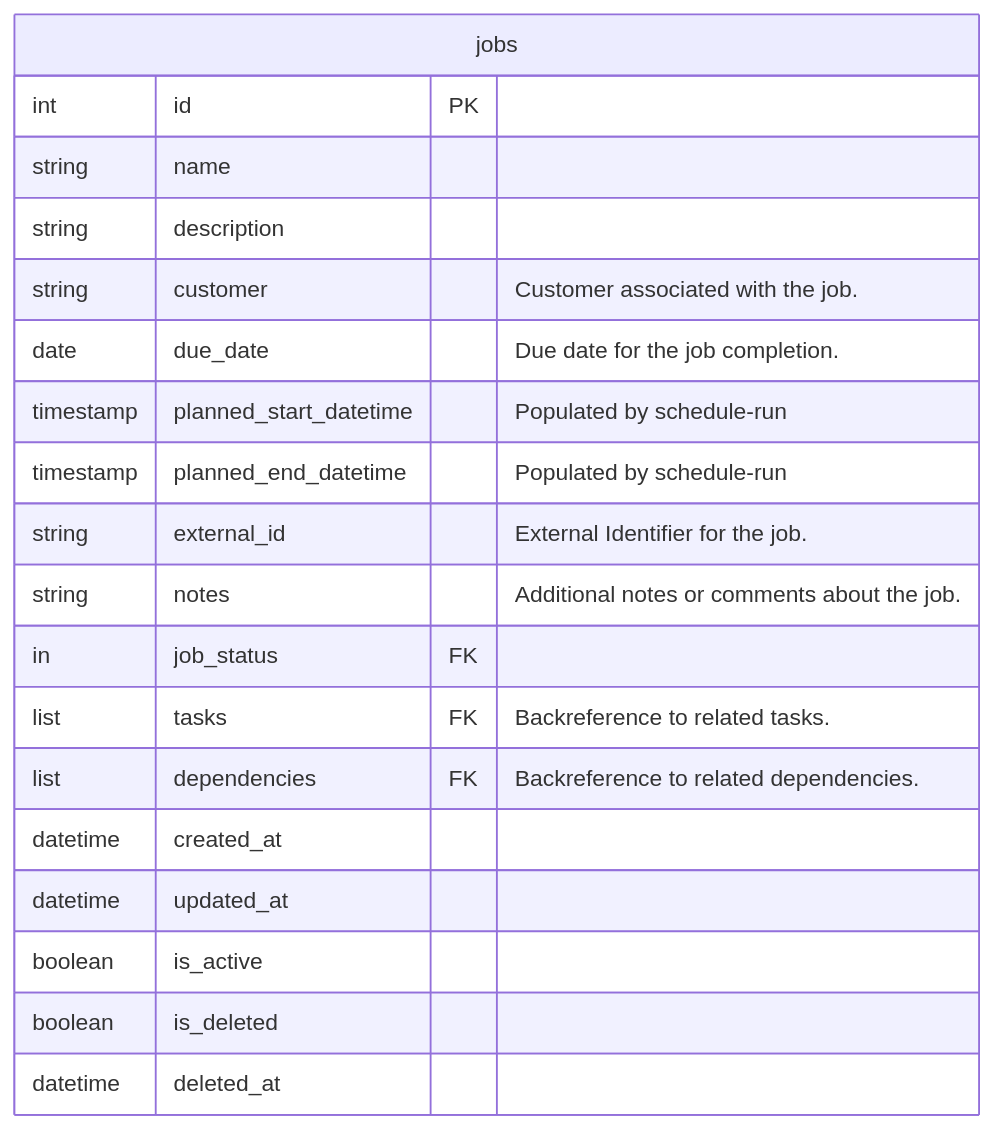
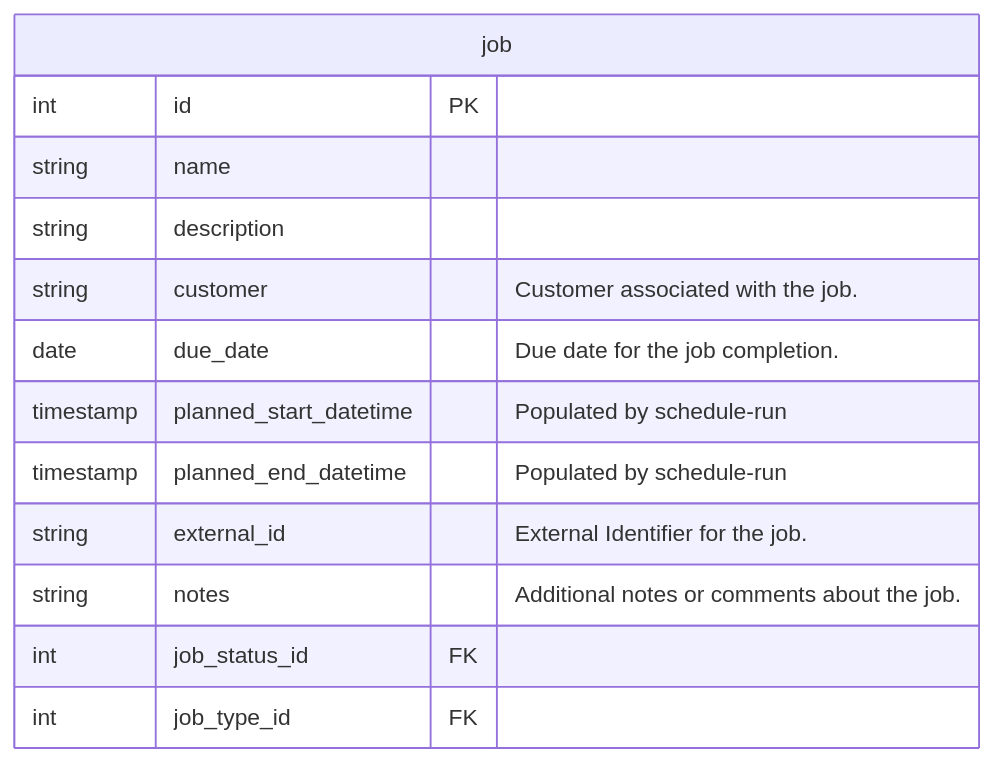
The seventh of 25 diagrams in docs/technical-documentation/database-schema.md (factryflow/factryflow-archive), drawn with Mermaid before and after one commit. The commit also changed other lines of this file and 8 other files, not shown here.

````diff
--- a/docs/technical-documentation/database-schema.md
+++ b/docs/technical-documentation/database-schema.md
@@ -5,22 +91,16 @@
 ``` mermaid
 erDiagram
-    jobs {
+    job {
         int id PK 
         string name
         string description
         string customer "Customer associated with the job."
         date due_date "Due date for the job completion."
         timestamp planned_start_datetime "Populated by schedule-run"
         timestamp planned_end_datetime "Populated by schedule-run"
         string external_id "External Identifier for the job."
         string notes "Additional notes or comments about the job."
-        in job_status FK
-        list tasks FK "Backreference to related tasks."
-        list dependencies FK "Backreference to related dependencies."
-        datetime created_at 
-        datetime updated_at 
-        boolean is_active 
-        boolean is_deleted 
-        datetime deleted_at 
+        int job_status_id FK
+        int job_type_id FK
     }
 ```
````
